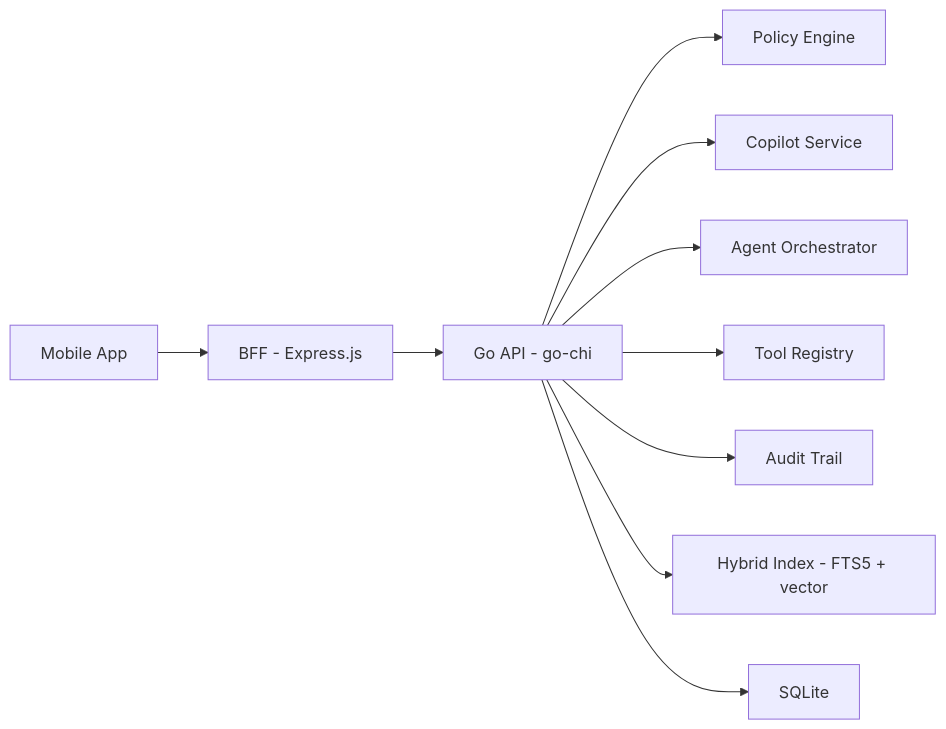
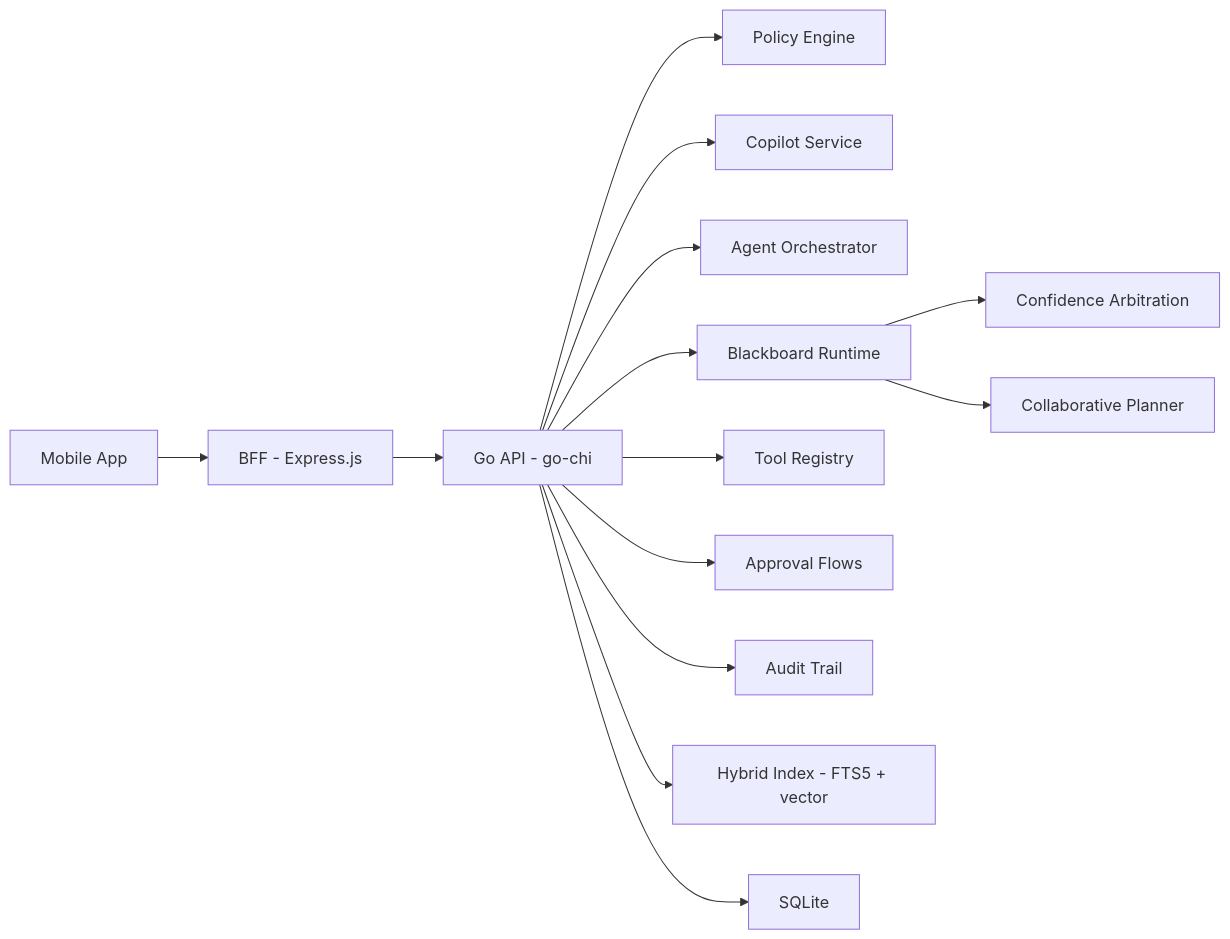
One commit to krukmat/fenix changed the second of 3 diagrams in README.md. Above: the diagram before and after it, drawn with Mermaid. The commit also changed other lines of this file and 37 other files, not shown here.

````diff
--- a/README.md
+++ b/README.md
@@ -193,12 +228,16 @@
 ```mermaid
 flowchart LR
     MOB[Mobile App] --> BFF[BFF - Express.js]
     BFF --> API[Go API - go-chi]
     API --> POLICY[Policy Engine]
     API --> COPILOT[Copilot Service]
     API --> AGENTS[Agent Orchestrator]
+    API --> BLACKBOARD[Blackboard Runtime]
+    BLACKBOARD --> ARB[Confidence Arbitration]
+    BLACKBOARD --> PLAN[Collaborative Planner]
     API --> TOOLS[Tool Registry]
+    API --> APPROVALS[Approval Flows]
     API --> AUDIT[Audit Trail]
     API --> IDX[Hybrid Index - FTS5 + vector]
     API --> DB[SQLite]
 ```
````
